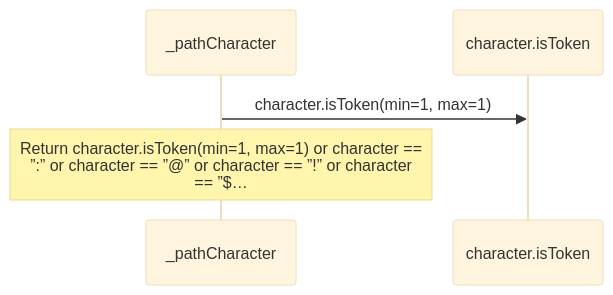
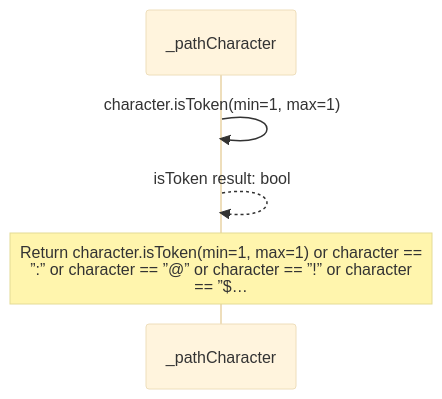
Diagram 12 of 13 in src/stdlib/values/urls.aug.diagrams.md (GreenPandaStudios/augscript), drawn with Mermaid (base theme) before and after one commit. The commit also changed other lines of this file and 304 other files, not shown here.

Commit message:
Make generated data-flow sequences concise and review every diagram

````diff
--- a/src/stdlib/values/urls.aug.diagrams.md
+++ b/src/stdlib/values/urls.aug.diagrams.md
@@ -330,7 +371,8 @@
 ```mermaid
 sequenceDiagram
     participant p0 as _pathCharacter
-    participant p1 as character.isToken
-    p0->>p1: character.isToken(min=1, max=1)
+
+    p0->>p0: character.isToken(min=1, max=1)
+    p0-->>p0: isToken result: bool
     Note over p0: Return character.isToken(min=1, max=1) or character ==<br/>”:” or character == ”@” or character == ”!” or character<br/>== ”$…
 ```
````
